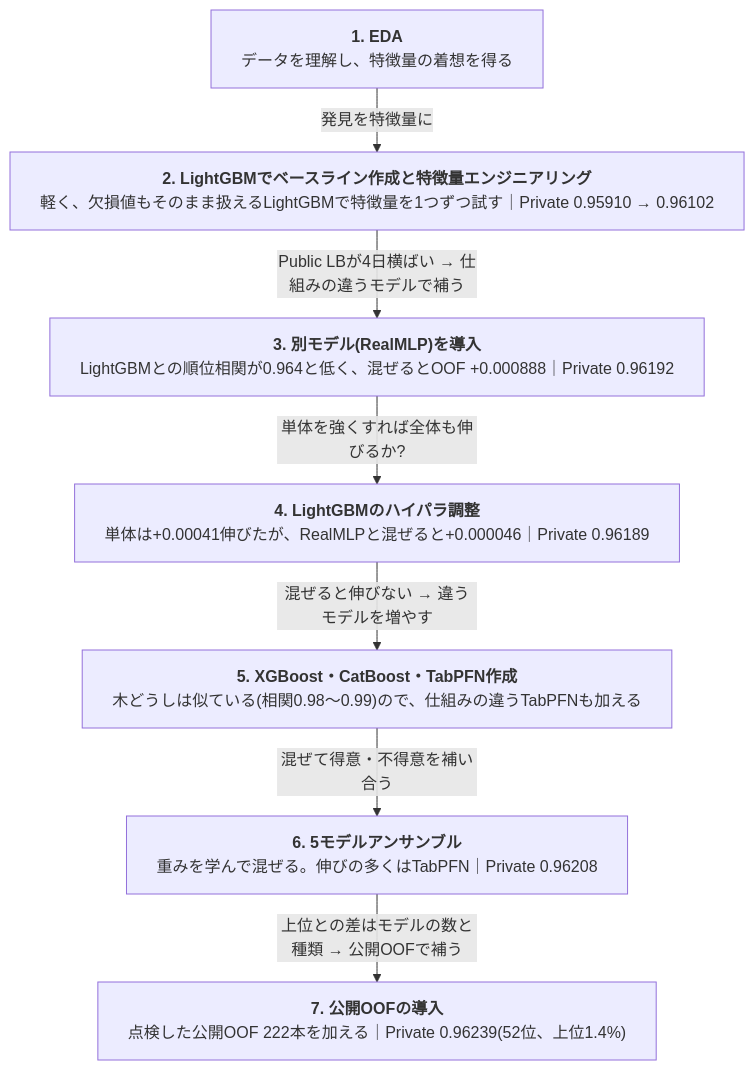
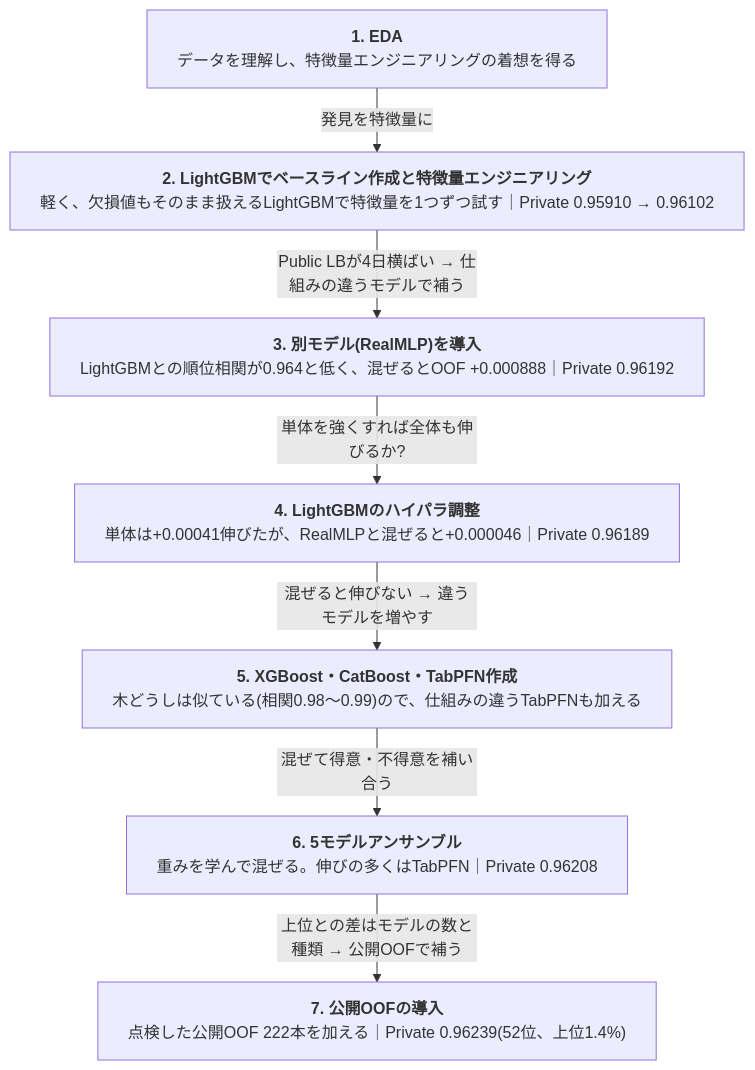
Before and after one commit to aramaki5443-art/kaggle-s6e10-airline-satisfaction: the first of 3 diagrams in README.md, drawn with Mermaid.

Commit message:
README: フロー図1の文言を修正
Claude-Session: https://claude.ai/code/session_01W4XQw12fApd9PttvvKTwbS

````diff
--- a/README.md
+++ b/README.md
@@ -21,22 +21,22 @@
 ```mermaid
 ---
 config:
   flowchart:
     wrappingWidth: 800
     rankSpacing: 40
 ---
 flowchart TD
-  S1["<b>1. EDA</b><br>データを理解し、特徴量の着想を得る"]
+  S1["<b>1. EDA</b><br>データを理解し、特徴量エンジニアリングの着想を得る"]
   S2["<b>2. LightGBMでベースライン作成と特徴量エンジニアリング</b><br>軽く、欠損値もそのまま扱えるLightGBMで特徴量を1つずつ試す｜Private 0.95910 → 0.96102"]
   S3["<b>3. 別モデル(RealMLP)を導入</b><br>LightGBMとの順位相関が0.964と低く、混ぜるとOOF +0.000888｜Private 0.96192"]
   S4["<b>4. LightGBMのハイパラ調整</b><br>単体は+0.00041伸びたが、RealMLPと混ぜると+0.000046｜Private 0.96189"]
   S5["<b>5. XGBoost・CatBoost・TabPFN作成</b><br>木どうしは似ている(相関0.98〜0.99)ので、仕組みの違うTabPFNも加える"]
   S6["<b>6. 5モデルアンサンブル</b><br>重みを学んで混ぜる。伸びの多くはTabPFN｜Private 0.96208"]
   S7["<b>7. 公開OOFの導入</b><br>点検した公開OOF 222本を加える｜Private 0.96239(52位、上位1.4%)"]
   S1 -->|"発見を特徴量に"| S2
   S2 -->|"Public LBが4日横ばい → 仕組みの違うモデルで補う"| S3
   S3 -->|"単体を強くすれば全体も伸びるか?"| S4
   S4 -->|"混ぜると伸びない → 違うモデルを増やす"| S5
   S5 -->|"混ぜて得意・不得意を補い合う"| S6
   S6 -->|"上位との差はモデルの数と種類 → 公開OOFで補う"| S7
 ```
````
